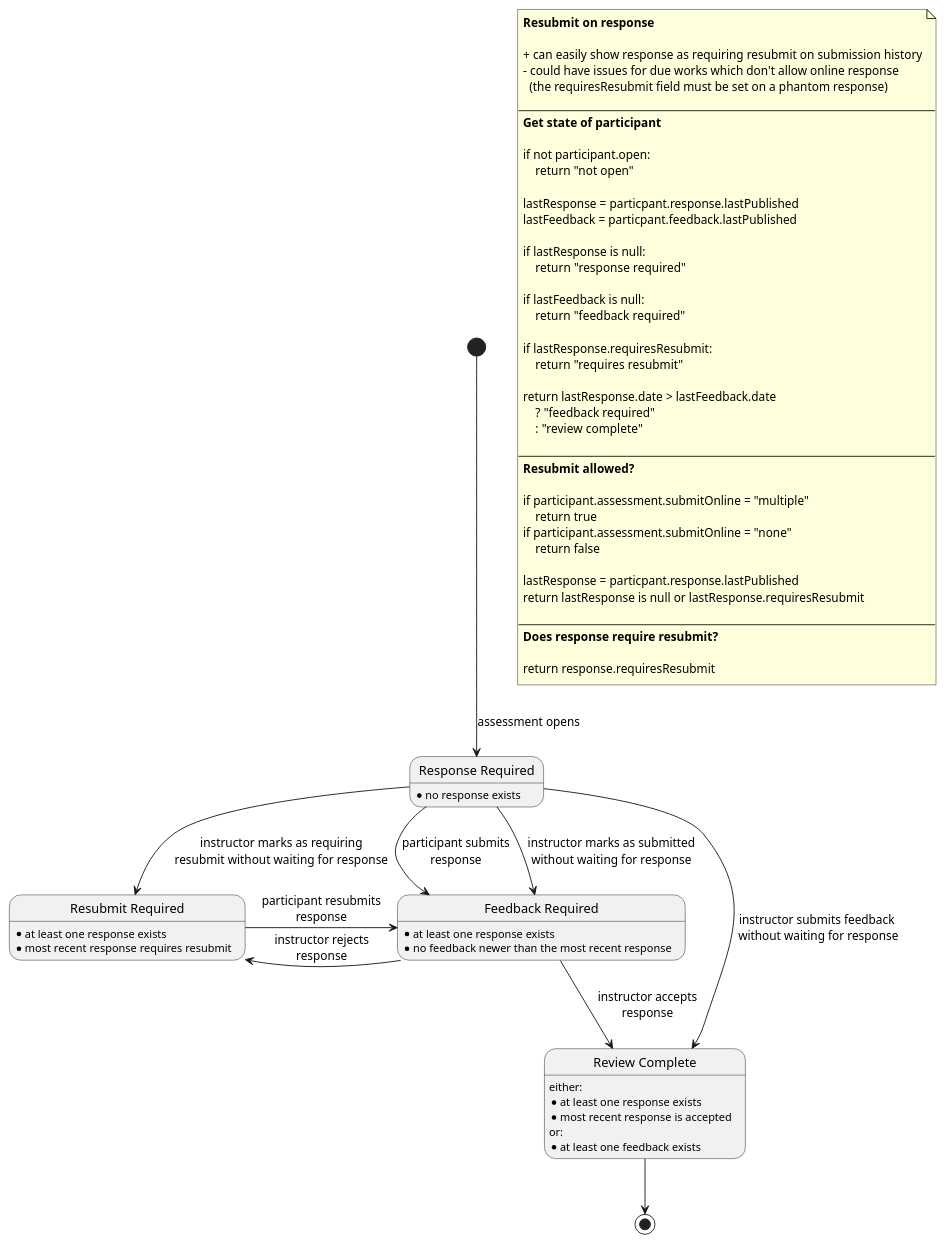
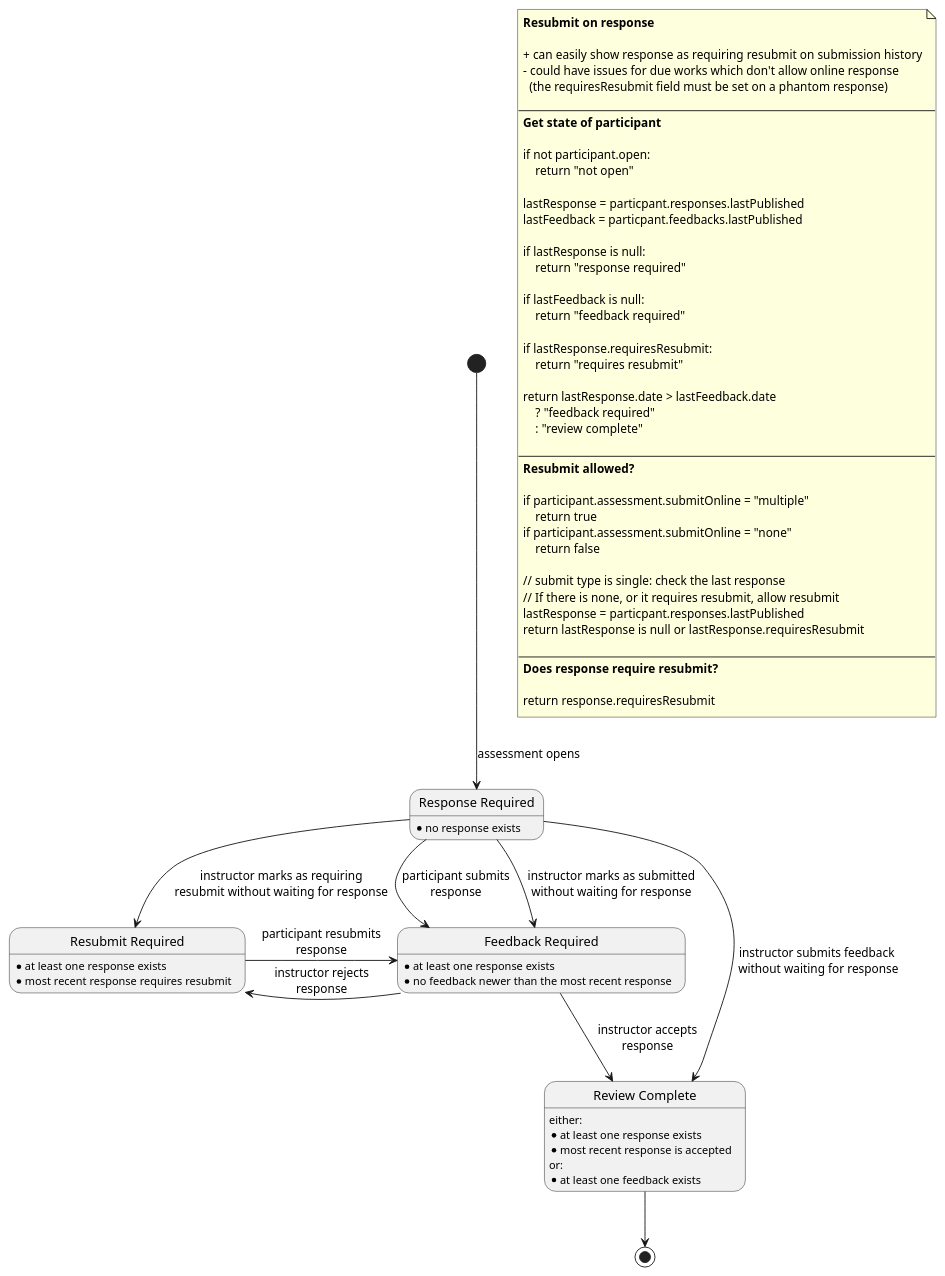
The diagram in library/Schoolbox/Learning/Assessment/DueWork/resubmit-on-response.plantuml (juliaattrevisan/schoolbox-api-docs), drawn with PlantUML before and after one commit. The commit also changed 1 other file, not shown here.

Commit message:
Fix up resubmit allowed rule for resubmit on feedback [SA-9500]

```diff
--- a/library/Schoolbox/Learning/Assessment/DueWork/resubmit-on-response.plantuml
+++ b/library/Schoolbox/Learning/Assessment/DueWork/resubmit-on-response.plantuml
@@ -1,81 +1,83 @@
 @startuml
 
 note as n1
     <b>Resubmit on response</b>
 
     + can easily show response as requiring resubmit on submission history
     - could have issues for due works which don't allow online response
       (the requiresResubmit field must be set on a phantom response)
 
     ----
     <b>Get state of participant</b>
 
     if not participant.open:
         return "not open"
 
-    lastResponse = particpant.response.lastPublished
-    lastFeedback = particpant.feedback.lastPublished
+    lastResponse = particpant.responses.lastPublished
+    lastFeedback = particpant.feedbacks.lastPublished
 
     if lastResponse is null:
         return "response required"
 
     if lastFeedback is null:
         return "feedback required"
 
     if lastResponse.requiresResubmit:
         return "requires resubmit"
 
     return lastResponse.date > lastFeedback.date
         ? "feedback required"
         : "review complete"
 
     ----
     <b>Resubmit allowed?</b>
 
     if participant.assessment.submitOnline = "multiple"
         return true
     if participant.assessment.submitOnline = "none"
         return false
 
-    lastResponse = particpant.response.lastPublished
+    // submit type is single: check the last response
+    // If there is none, or it requires resubmit, allow resubmit
+    lastResponse = particpant.responses.lastPublished
     return lastResponse is null or lastResponse.requiresResubmit
 
     ----
     <b>Does response require resubmit?</b>
 
     return response.requiresResubmit
 end note
 
 state "Response Required" as RR
 RR : \
 * no response exists
 
 state "Feedback Required" as FR
 FR : \
 * at least one response exists\n\
 * no feedback newer than the most recent response
 
 state "Review Complete" as RC
 RC : \
 either:\n\
 * at least one response exists\n\
 * most recent response is accepted\n\
 or:\n\
 * at least one feedback exists
 
 state "Resubmit Required" as RS
 RS : \
 * at least one response exists\n\
 * most recent response requires resubmit
 
 [*] --> RR : assessment opens
 RR --> FR  : participant submits\nresponse
 RR --> FR  : instructor marks as submitted\nwithout waiting for response
 RR --> RC  : instructor submits feedback\n without waiting for response
 RR --> RS  : instructor marks as requiring\nresubmit without waiting for response
 FR --> RC  : instructor accepts\nresponse
 FR -left-> RS : instructor rejects\nresponse
 RS -right-> FR  : participant resubmits\nresponse
 RC --> [*]
 
 @enduml
```
